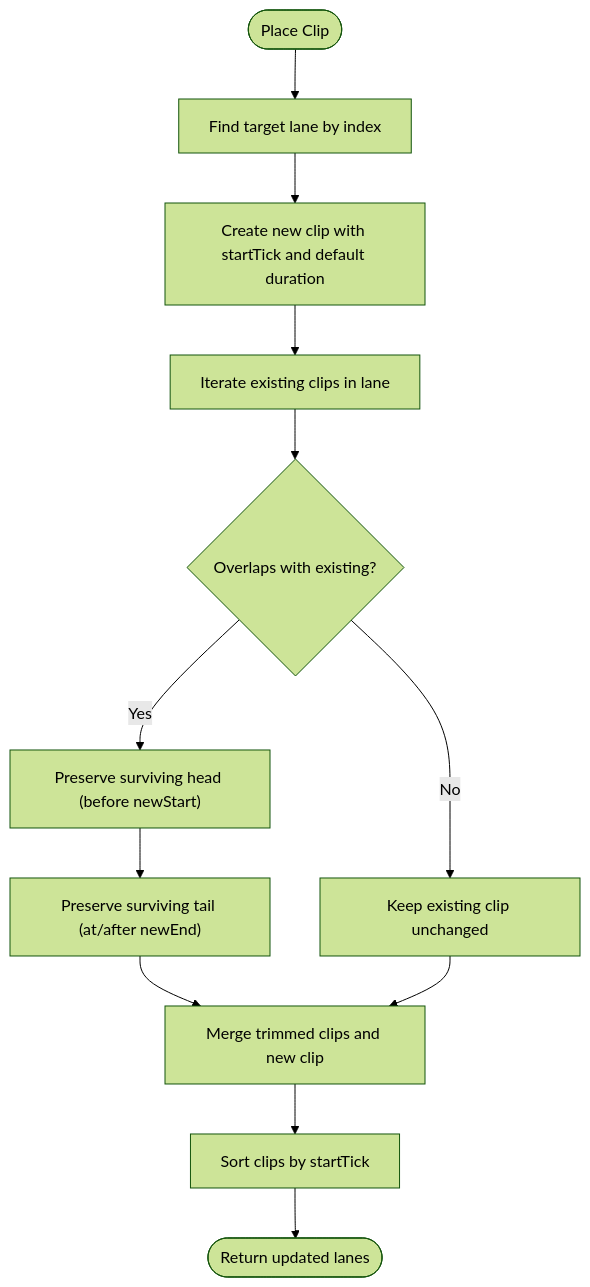
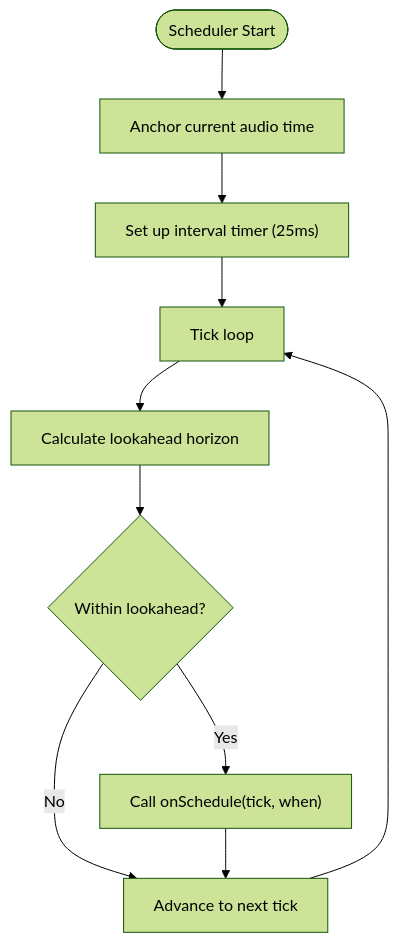
The fourth of 11 diagrams in .qoder/repowiki/en/content/Audio Engine/Audio Engine.md (satyrlord/mixjam-electron), drawn with Mermaid (forest theme) before and after one commit. The commit also changed other lines of this file and 104 other files, not shown here.

First line of the commit message:
fix(config): update markdownlint schema and cleanup ignored paths

````diff
--- a/.qoder/repowiki/en/content/Audio Engine/Audio Engine.md
+++ b/.qoder/repowiki/en/content/Audio Engine/Audio Engine.md
@@ -187,14 +236,12 @@
 ```mermaid
 flowchart TD
-Start(["Place Clip"]) --> GetLane["Find target lane by index"]
-GetLane --> BuildClip["Create new clip with startTick and default duration"]
-BuildClip --> IterateExisting["Iterate existing clips in lane"]
-IterateExisting --> Overlap{"Overlaps with existing?"}
-Overlap --> |No| Keep["Keep existing clip unchanged"]
-Overlap --> |Yes| Head["Preserve surviving head (before newStart)"]
-Head --> Tail["Preserve surviving tail (at/after newEnd)"]
-Tail --> Merge["Merge trimmed clips and new clip"]
-Keep --> Merge
-Merge --> Sort["Sort clips by startTick"]
-Sort --> Done(["Return updated lanes"])
+Start(["Scheduler Start"]) --> Anchor["Anchor current audio time"]
+Anchor --> Interval["Set up interval timer (25ms)"]
+Interval --> Loop["Tick loop"]
+Loop --> Horizon["Calculate lookahead horizon"]
+Horizon --> Check{"Within lookahead?"}
+Check --> |Yes| Schedule["Call onSchedule(tick, when)"]
+Check --> |No| NextTick["Advance to next tick"]
+Schedule --> NextTick
+NextTick --> Loop
 ```
````
